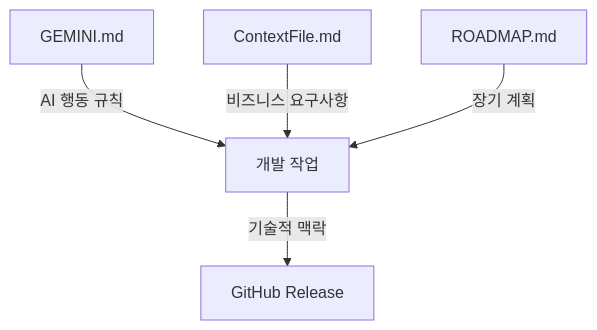
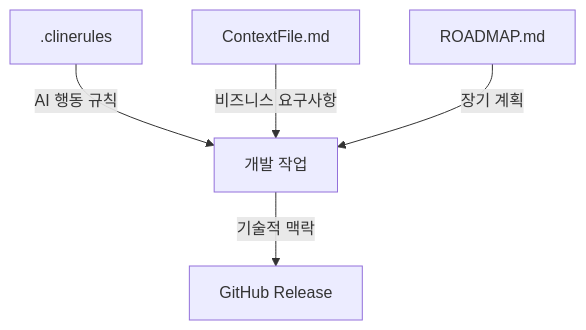
One commit to deuxksy/today-vn-news changed the second of 2 diagrams in README.md. Above: the diagram before and after it, drawn with Mermaid. The commit also changed other lines of this file, not shown here.

Commit message:
feat: update data collection flow and improve README structure

````diff
--- a/README.md
+++ b/README.md
@@ -146,7 +181,7 @@
 ```mermaid
 graph TB
-    A[GEMINI.md] -->|AI 행동 규칙| B[개발 작업]
+    A[.clinerules] -->|AI 행동 규칙| B[개발 작업]
     C[ContextFile.md] -->|비즈니스 요구사항| B
     D[ROADMAP.md] -->|장기 계획| B
     B -->|기술적 맥락| H[GitHub Release]
 ```
````
